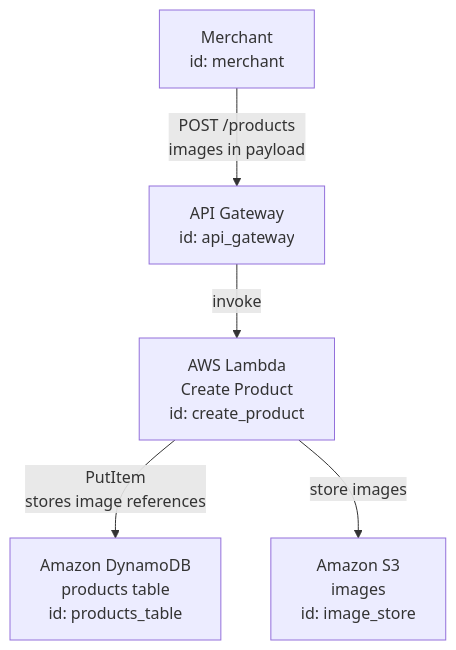
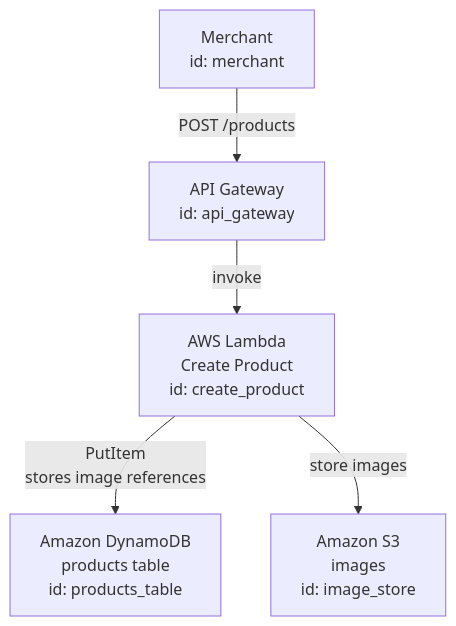
The diagram in diagrams/00-system.mmd (yamid-granda/aws-marketplace-study), drawn with Mermaid before and after one commit. The commit also changed 1 other file, not shown here.

Commit message:
diagrams: shorten POST edge label to just the route
The second line restated what docs/system.md already
specifies. Edge labels carry the route; the payload
contract lives in the spec.

```diff
--- a/diagrams/00-system.mmd
+++ b/diagrams/00-system.mmd
@@ -1,30 +1,30 @@
 %% AWS Marketplace — system design flow.
 %% Ref: docs/system.md -> "Specified"
 %% 
 %% Create Product is the only feature so far, so the whole system design fits
 %% one diagram. When features are added, extend this file and split only once
 %% it stops being legible — see diagrams/README.md -> "When to split".
 %% 
 %% Provenance: solid = specified by the owner. Every node here is specified.
 %% If a future feature adds an undecided part, mark it with
 %%   classDef notspecified stroke-width:2px,stroke:#b45309,stroke-dasharray: 2 2
 %%   class that_node notspecified
 %% so a guess can never render as solid. See diagrams/README.md -> "Provenance".
 
 flowchart TB
 
   merchant["Merchant<br/>id: merchant"]
 
   api_gateway["API Gateway<br/>id: api_gateway"]
 
   create_product["AWS Lambda<br/>Create Product<br/>id: create_product"]
 
   products_table["Amazon DynamoDB<br/>products table<br/>id: products_table"]
 
   image_store["Amazon S3<br/>images<br/>id: image_store"]
 
-  merchant -- "POST /products<br/>images in payload" --> api_gateway
+  merchant -- "POST /products" --> api_gateway
   api_gateway -- "invoke" --> create_product
   create_product -- "PutItem<br/>stores image references" --> products_table
 
   create_product -- "store images" --> image_store
```
